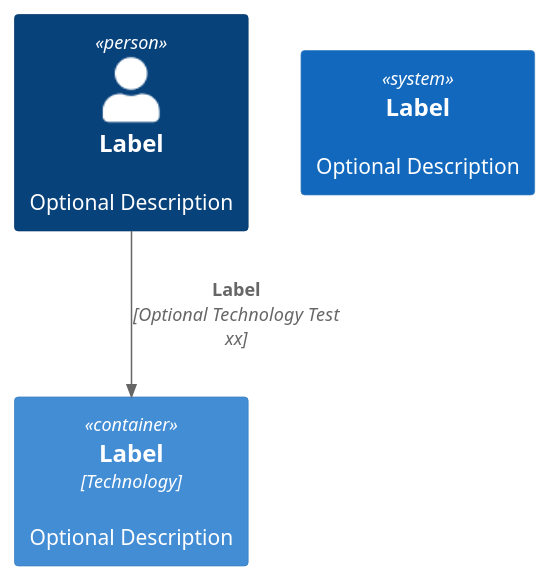
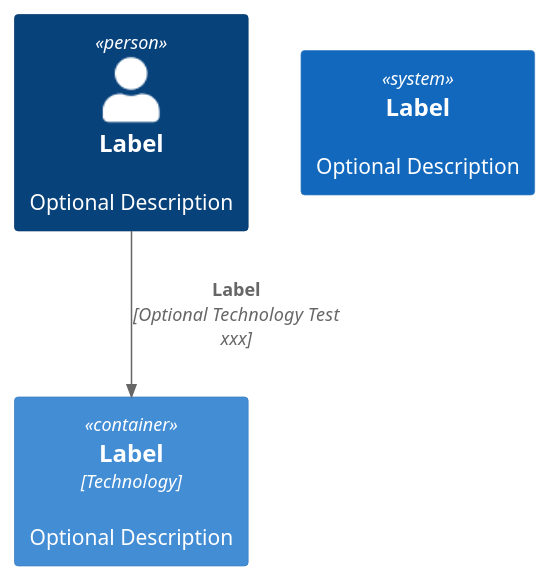
Before and after one commit to budgiedownunder/maze: the diagram in diagrams/maze.puml, drawn with PlantUML. The commit also changed 1 other file, not shown here.

```diff
--- a/diagrams/maze.puml
+++ b/diagrams/maze.puml
@@ -1,9 +1,9 @@
 @startuml maze_project
 !include includes/C4_Container.puml
 
 Person(personAlias, "Label", "Optional Description")
 Container(containerAlias, "Label", "Technology", "Optional Description")
 System(systemAlias, "Label", "Optional Description")
 
-Rel(personAlias, containerAlias, "Label", "Optional Technology Test xx")
+Rel(personAlias, containerAlias, "Label", "Optional Technology Test xxx")
 @enduml
```
